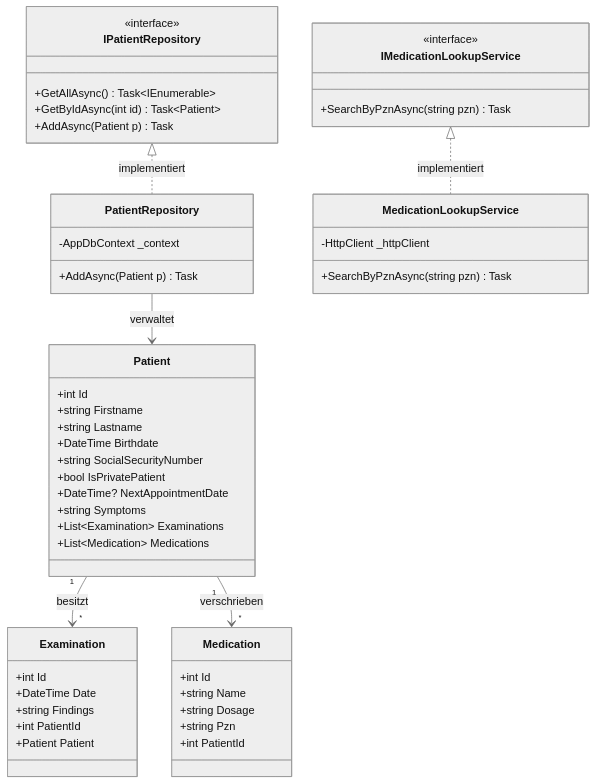
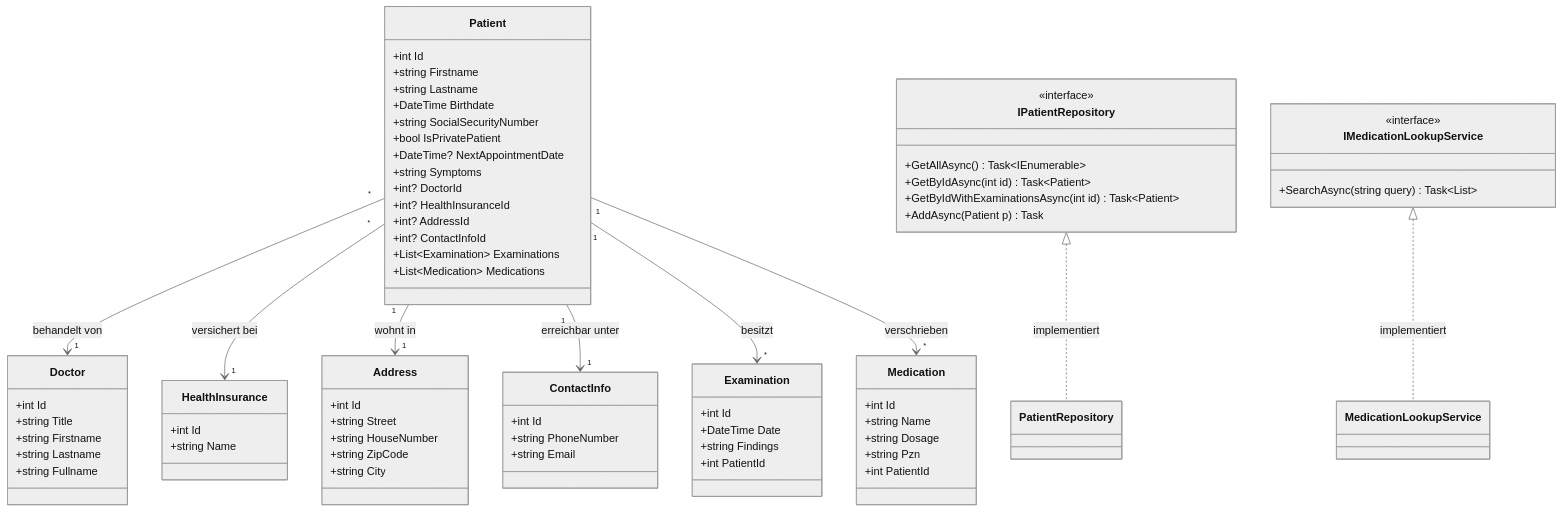
Before and after one commit to T-Boyke/C-Sharp-ASP-Fundamentals: the first of 6 diagrams in 07_Patienten/docs/07_Patienten_UML_Architecture.md, drawn with Mermaid (neutral theme). The commit also changed other lines of this file and 1 other file, not shown here.

Commit message:
docs: Update README and UML architecture for 3NF normalization

````diff
--- a/07_Patienten/docs/07_Patienten_UML_Architecture.md
+++ b/07_Patienten/docs/07_Patienten_UML_Architecture.md
@@ -16,8 +16,39 @@
         +bool IsPrivatePatient
         +DateTime? NextAppointmentDate
         +string Symptoms
+        +int? DoctorId
+        +int? HealthInsuranceId
+        +int? AddressId
+        +int? ContactInfoId
         +List~Examination~ Examinations
         +List~Medication~ Medications
+    }
+
+    class Doctor {
+        +int Id
+        +string Title
+        +string Firstname
+        +string Lastname
+        +string Fullname
+    }
+
+    class HealthInsurance {
+        +int Id
+        +string Name
+    }
+
+    class Address {
+        +int Id
+        +string Street
+        +string HouseNumber
+        +string ZipCode
+        +string City
+    }
+
+    class ContactInfo {
+        +int Id
+        +string PhoneNumber
+        +string Email
     }
 
     class Examination {
@@ -25,7 +56,6 @@
         +DateTime Date
         +string Findings
         +int PatientId
-        +Patient Patient
     }
 
     class Medication {
@@ -40,27 +70,21 @@
         <<interface>>
         +GetAllAsync() Task~IEnumerable~
         +GetByIdAsync(int id) Task~Patient~
+        +GetByIdWithExaminationsAsync(int id) Task~Patient~
         +AddAsync(Patient p) Task
     }
 
     class IMedicationLookupService {
         <<interface>>
-        +SearchByPznAsync(string pzn) Task
+        +SearchAsync(string query) Task~List~
     }
 
-    class PatientRepository {
-        -AppDbContext _context
-        +AddAsync(Patient p) Task
-    }
-
-    class MedicationLookupService {
-        -HttpClient _httpClient
-        +SearchByPznAsync(string pzn) Task
-    }
-
+    Patient "*" --> "1" Doctor : behandelt von
+    Patient "*" --> "1" HealthInsurance : versichert bei
+    Patient "1" --> "1" Address : wohnt in
+    Patient "1" --> "1" ContactInfo : erreichbar unter
     Patient "1" --> "*" Examination : besitzt
     Patient "1" --> "*" Medication : verschrieben
     IPatientRepository <|.. PatientRepository : implementiert
     IMedicationLookupService <|.. MedicationLookupService : implementiert
-    PatientRepository --> Patient : verwaltet
 ```
````
